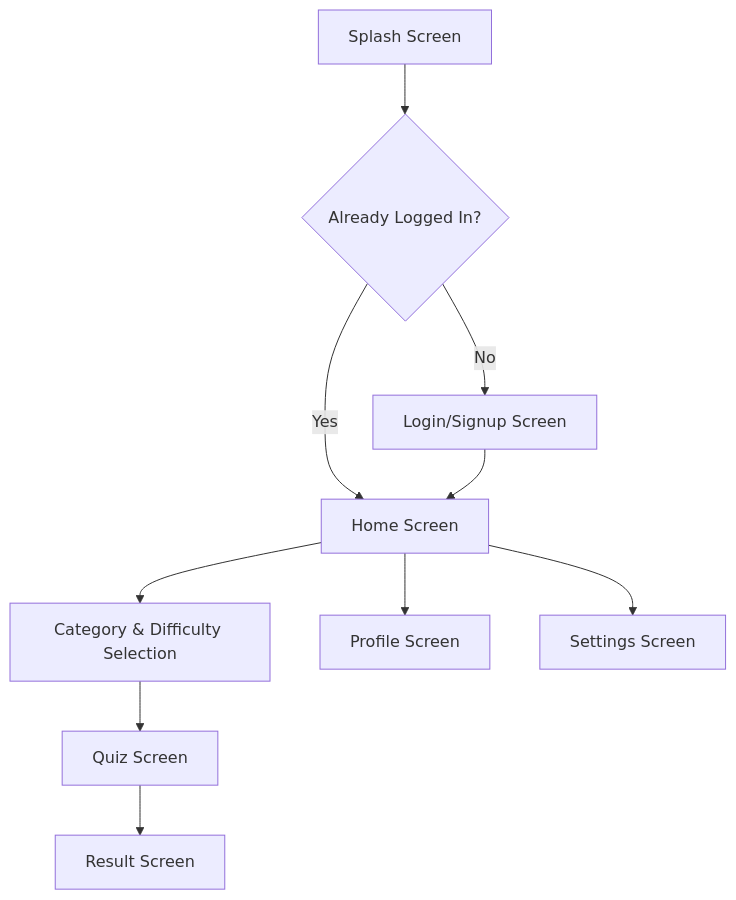
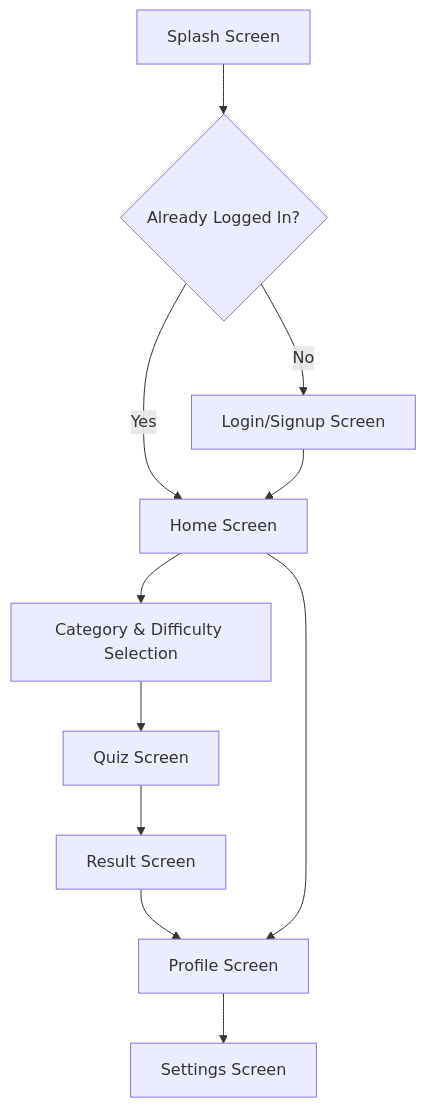
One commit to Sandarsh18/QuizScape changed the first of 2 diagrams in README.md. Above: the diagram before and after it, drawn with Mermaid. The commit also changed other lines of this file and 12 other files, not shown here.

````diff
--- a/README.md
+++ b/README.md
@@ -64,12 +64,13 @@
 ```mermaid
 flowchart TD
     A[Splash Screen] --> B{Already Logged In?}
     B -- Yes --> C[Home Screen]
     B -- No --> D[Login/Signup Screen]
     D --> C
     C --> E[Category & Difficulty Selection]
     E --> F[Quiz Screen]
     F --> G[Result Screen]
+    G --> H[Profile Screen]
     C --> H[Profile Screen]
-    C --> I[Settings Screen]
+    H --> I[Settings Screen]
 ```
````
